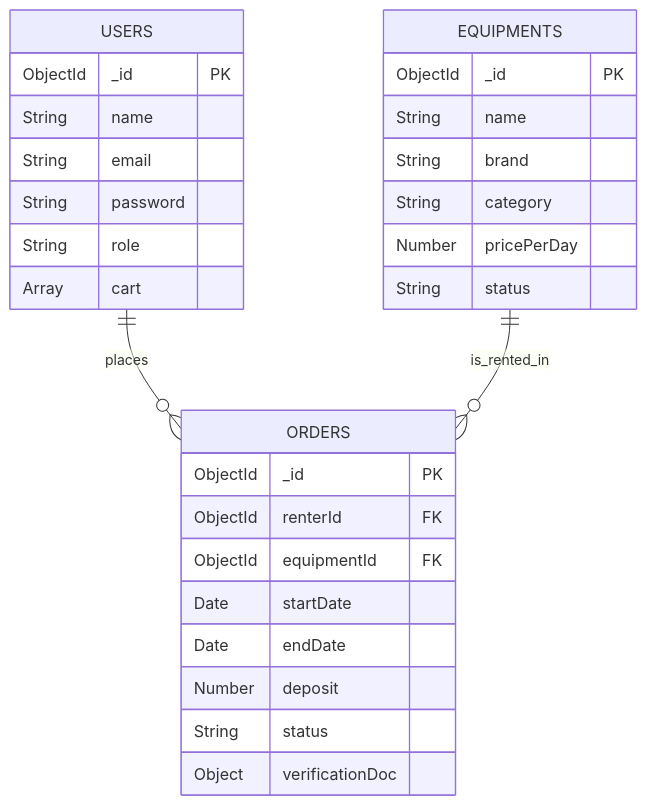
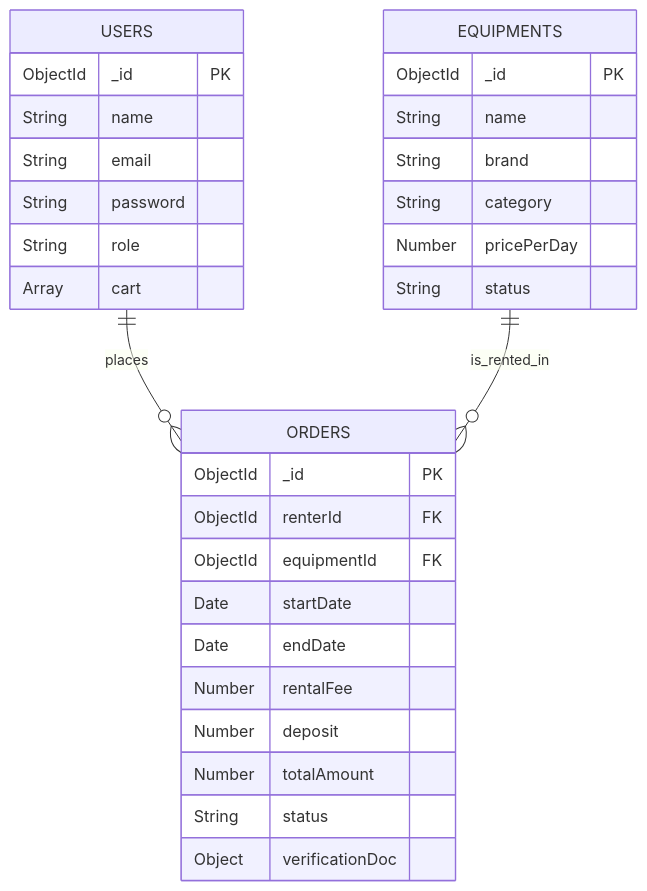
Before and after one commit to DoctorDear/JSD13-week02: the second of 2 diagrams in 03_my-ecommerce-project/Camera-Rental-System-Context.md, drawn with Mermaid. The commit also changed other lines of this file and 2 other files, not shown here.

Commit message:
feat: add rentalFee and totalAmount fields to orders schema and mock data

````diff
--- a/03_my-ecommerce-project/Camera-Rental-System-Context.md
+++ b/03_my-ecommerce-project/Camera-Rental-System-Context.md
@@ -109,32 +109,34 @@
 ```mermaid
 erDiagram
     USERS ||--o{ ORDERS : "places"
     EQUIPMENTS ||--o{ ORDERS : "is_rented_in"
 
     USERS {
         ObjectId _id PK
         String name
         String email
         String password
         String role
         Array cart
     }
     EQUIPMENTS {
         ObjectId _id PK
         String name
         String brand
         String category
         Number pricePerDay
         String status
     }
     ORDERS {
         ObjectId _id PK
         ObjectId renterId FK
         ObjectId equipmentId FK
         Date startDate
         Date endDate
+        Number rentalFee
         Number deposit
+        Number totalAmount
         String status
         Object verificationDoc
     }
 ```
````
